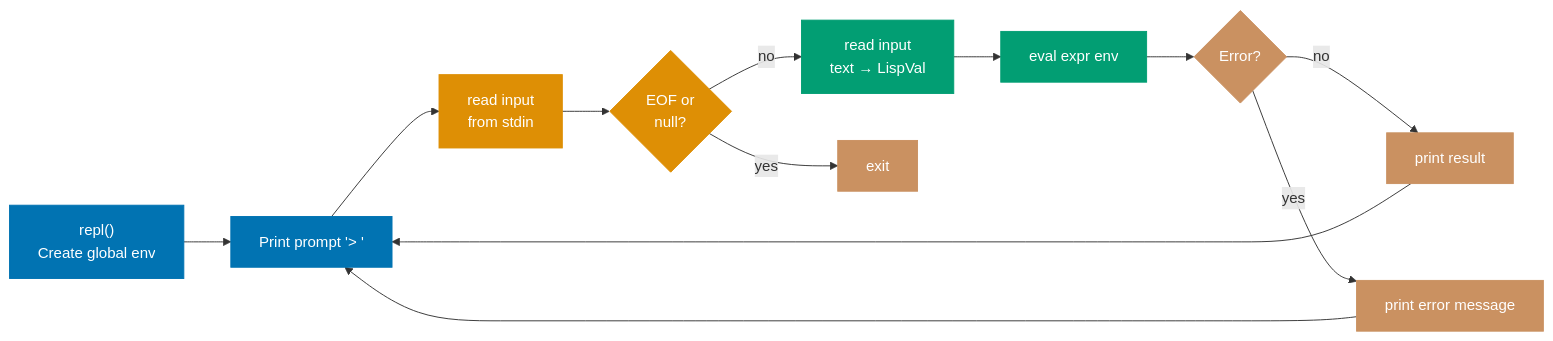
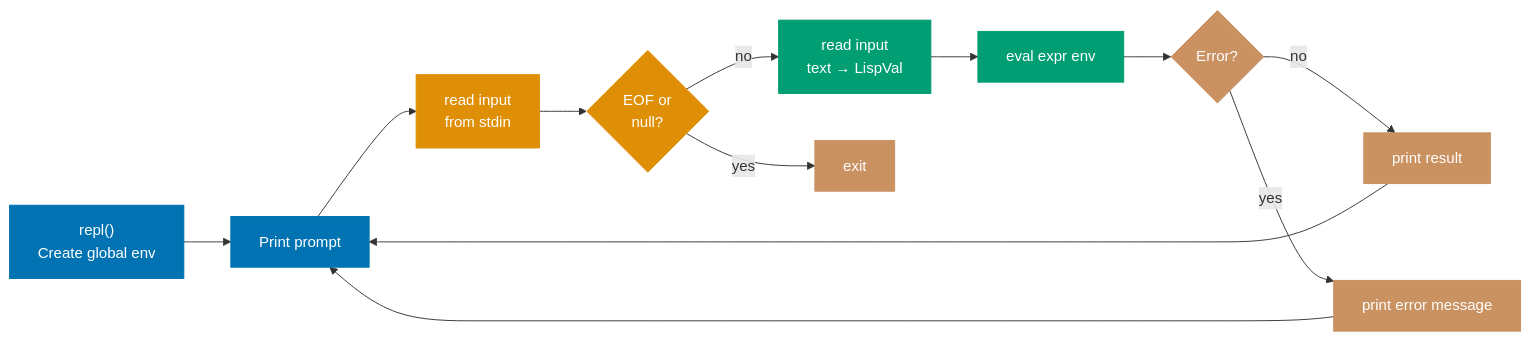
One commit to wahidyankf/open-sharia-enterprise changed the fifth of 6 diagrams in apps/ayokoding-web/content/en/learn/software-engineering/compilers-and-interpreters/lisp-interpreter-in-fsharp/part-5-derived-forms-and-repl.md. Above: the diagram before and after it, drawn with Mermaid. The commit also changed 2 other files, not shown here.

Commit message:
fix(ayokoding-web): fix mermaid diagram issues in compilers-and-interpreters
- terminology.md: shorten long node labels in overview pipeline diagram (TB)
- terminology.md: replace CST/AST diagram with simpler (+ 1 2) example, no special chars
- terminology.md: shorten dynamic scope subgraph titles and node labels
- terminology.md: convert TCO and compiler/interpreter chains to TB inside subgraphs
- part-5: remove > from REPL prompt node label (mermaid parse hazard)
- part-6: remove escaped quotes from src node label in final summary diagram

````diff
--- a/apps/ayokoding-web/content/en/learn/software-engineering/compilers-and-interpreters/lisp-interpreter-in-fsharp/part-5-derived-forms-and-repl.md
+++ b/apps/ayokoding-web/content/en/learn/software-engineering/compilers-and-interpreters/lisp-interpreter-in-fsharp/part-5-derived-forms-and-repl.md
@@ -236,35 +236,35 @@
 ```mermaid
 %% Color palette: Blue #0173B2, Orange #DE8F05, Teal #029E73, Purple #CC78BC, Brown #CA9161, Gray #808080
 flowchart LR
     Start["repl()\nCreate global env"]
-    Prompt["Print prompt '> '"]
+    Prompt["Print prompt"]
     Read["read input\nfrom stdin"]
     EOF{"EOF or\nnull?"}
     Parse["read input\ntext → LispVal"]
     Eval["eval expr env"]
     Err{"Error?"}
     Print["print result"]
     PrintErr["print error message"]
 
     Start --> Prompt
     Prompt --> Read
     Read --> EOF
     EOF -->|"yes"| Exit["exit"]
     EOF -->|"no"| Parse
     Parse --> Eval
     Eval --> Err
     Err -->|"no"| Print
     Err -->|"yes"| PrintErr
     Print --> Prompt
     PrintErr --> Prompt
 
     classDef blue fill:#0173B2,color:#fff,stroke:#0173B2
     classDef orange fill:#DE8F05,color:#fff,stroke:#DE8F05
     classDef teal fill:#029E73,color:#fff,stroke:#029E73
     classDef brown fill:#CA9161,color:#fff,stroke:#CA9161
 
     class Start,Prompt blue
     class Read,EOF orange
     class Parse,Eval teal
     class Err,Print,PrintErr,Exit brown
 ```
````
